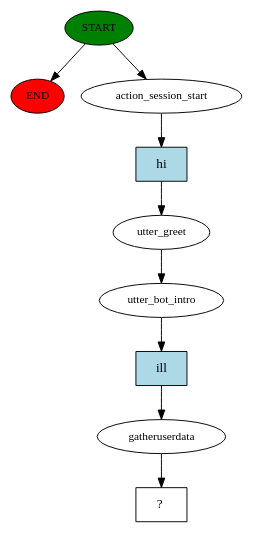
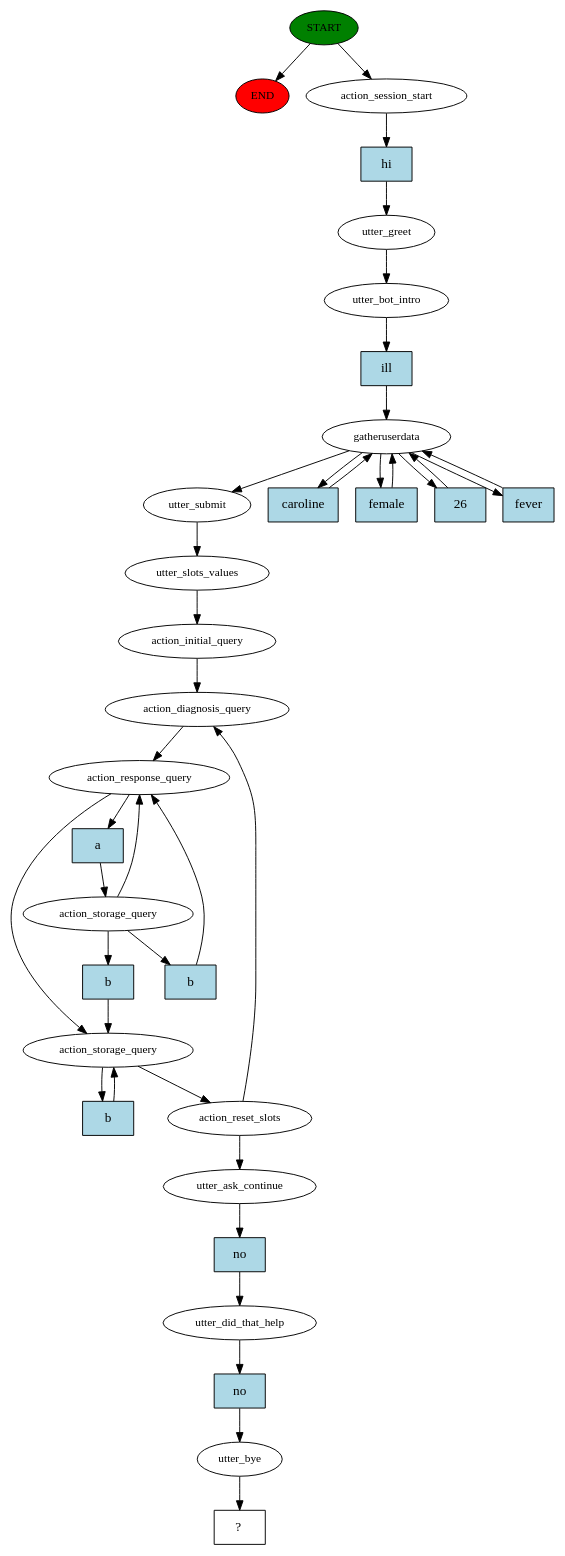
One commit to carolinebarra/HealthRasa_Bot changed the diagram in story_graph.dot. Above: the diagram before and after it, drawn with Graphviz. The commit also changed 22 other files, not shown here.

```diff
--- a/story_graph.dot
+++ b/story_graph.dot
@@ -1,19 +1,70 @@
 digraph  {
 0 [class="start active", fillcolor=green, fontsize=12, label=START, style=filled];
 "-1" [class=end, fillcolor=red, fontsize=12, label=END, style=filled];
 1 [class=active, fontsize=12, label=action_session_start];
 2 [class=active, fontsize=12, label=utter_greet];
 3 [class=active, fontsize=12, label=utter_bot_intro];
 4 [class=active, fontsize=12, label=gatheruserdata];
-5 [class="intent dashed active", label="  ?  ", shape=rect];
-6 [class="intent active", fillcolor=lightblue, label=hi, shape=rect, style=filled];
-7 [class="intent active", fillcolor=lightblue, label=ill, shape=rect, style=filled];
+9 [class=active, fontsize=12, label=utter_submit];
+10 [class=active, fontsize=12, label=utter_slots_values];
+11 [class=active, fontsize=12, label=action_initial_query];
+12 [class=active, fontsize=12, label=action_diagnosis_query];
+13 [class=active, fontsize=12, label=action_response_query];
+14 [class=active, fontsize=12, label=action_storage_query];
+18 [class=active, fontsize=12, label=action_storage_query];
+19 [class=active, fontsize=12, label=action_reset_slots];
+34 [class=active, fontsize=12, label=utter_ask_continue];
+35 [class=active, fontsize=12, label=utter_did_that_help];
+36 [class=active, fontsize=12, label=utter_bye];
+37 [class="intent dashed active", label="  ?  ", shape=rect];
+38 [class="intent active", fillcolor=lightblue, label=hi, shape=rect, style=filled];
+39 [class="intent active", fillcolor=lightblue, label=ill, shape=rect, style=filled];
+40 [class="intent active", fillcolor=lightblue, label=caroline, shape=rect, style=filled];
+41 [class="intent active", fillcolor=lightblue, label=female, shape=rect, style=filled];
+42 [class="intent active", fillcolor=lightblue, label=26, shape=rect, style=filled];
+43 [class="intent active", fillcolor=lightblue, label=fever, shape=rect, style=filled];
+44 [class="intent active", fillcolor=lightblue, label=a, shape=rect, style=filled];
+45 [class="intent active", fillcolor=lightblue, label=b, shape=rect, style=filled];
+46 [class="intent active", fillcolor=lightblue, label=b, shape=rect, style=filled];
+47 [class="intent active", fillcolor=lightblue, label=b, shape=rect, style=filled];
+48 [class="intent active", fillcolor=lightblue, label=no, shape=rect, style=filled];
+49 [class="intent active", fillcolor=lightblue, label=no, shape=rect, style=filled];
 0 -> "-1"  [class="", key=NONE, label=""];
 0 -> 1  [class=active, key=NONE, label=""];
-1 -> 6  [class=active, key=0];
+1 -> 38  [class=active, key=0];
 2 -> 3  [class=active, key=NONE, label=""];
-3 -> 7  [class=active, key=0];
-4 -> 5  [class=active, key=NONE, label=""];
-6 -> 2  [class=active, key=0];
-7 -> 4  [class=active, key=0];
+3 -> 39  [class=active, key=0];
+4 -> 9  [class=active, key=NONE, label=""];
+4 -> 40  [class=active, key=0];
+4 -> 41  [class=active, key=0];
+4 -> 42  [class=active, key=0];
+4 -> 43  [class=active, key=0];
+9 -> 10  [class=active, key=NONE, label=""];
+10 -> 11  [class=active, key=NONE, label=""];
+11 -> 12  [class=active, key=NONE, label=""];
+12 -> 13  [class=active, key=NONE, label=""];
+13 -> 18  [class=active, key=NONE, label=""];
+13 -> 44  [class=active, key=0];
+14 -> 13  [class=active, key=NONE, label=""];
+14 -> 45  [class=active, key=0];
+14 -> 46  [class=active, key=0];
+18 -> 19  [class=active, key=NONE, label=""];
+18 -> 47  [class=active, key=0];
+19 -> 12  [class=active, key=NONE, label=""];
+19 -> 34  [class=active, key=NONE, label=""];
+34 -> 48  [class=active, key=0];
+35 -> 49  [class=active, key=0];
+36 -> 37  [class=active, key=NONE, label=""];
+38 -> 2  [class=active, key=0];
+39 -> 4  [class=active, key=0];
+40 -> 4  [class=active, key=0];
+41 -> 4  [class=active, key=0];
+42 -> 4  [class=active, key=0];
+43 -> 4  [class=active, key=0];
+44 -> 14  [class=active, key=0];
+45 -> 13  [class=active, key=0];
+46 -> 18  [class=active, key=0];
+47 -> 18  [class=active, key=0];
+48 -> 35  [class=active, key=0];
+49 -> 36  [class=active, key=0];
 }
```
